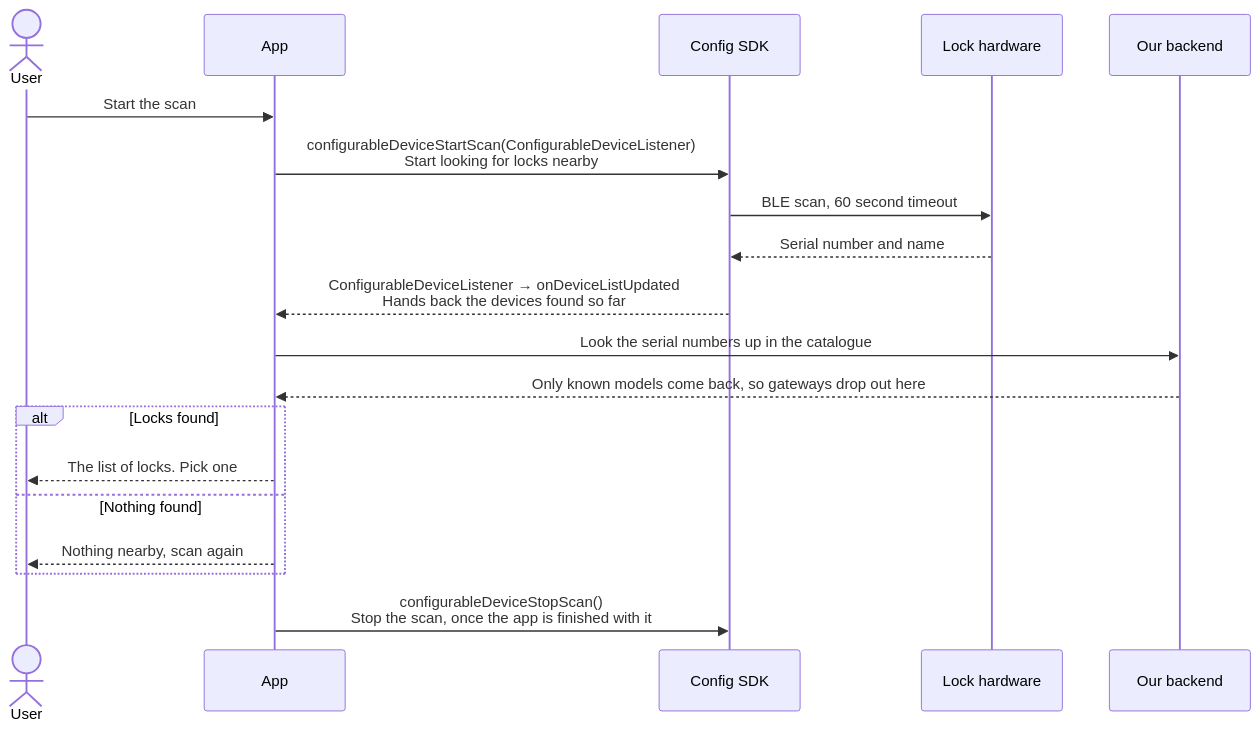
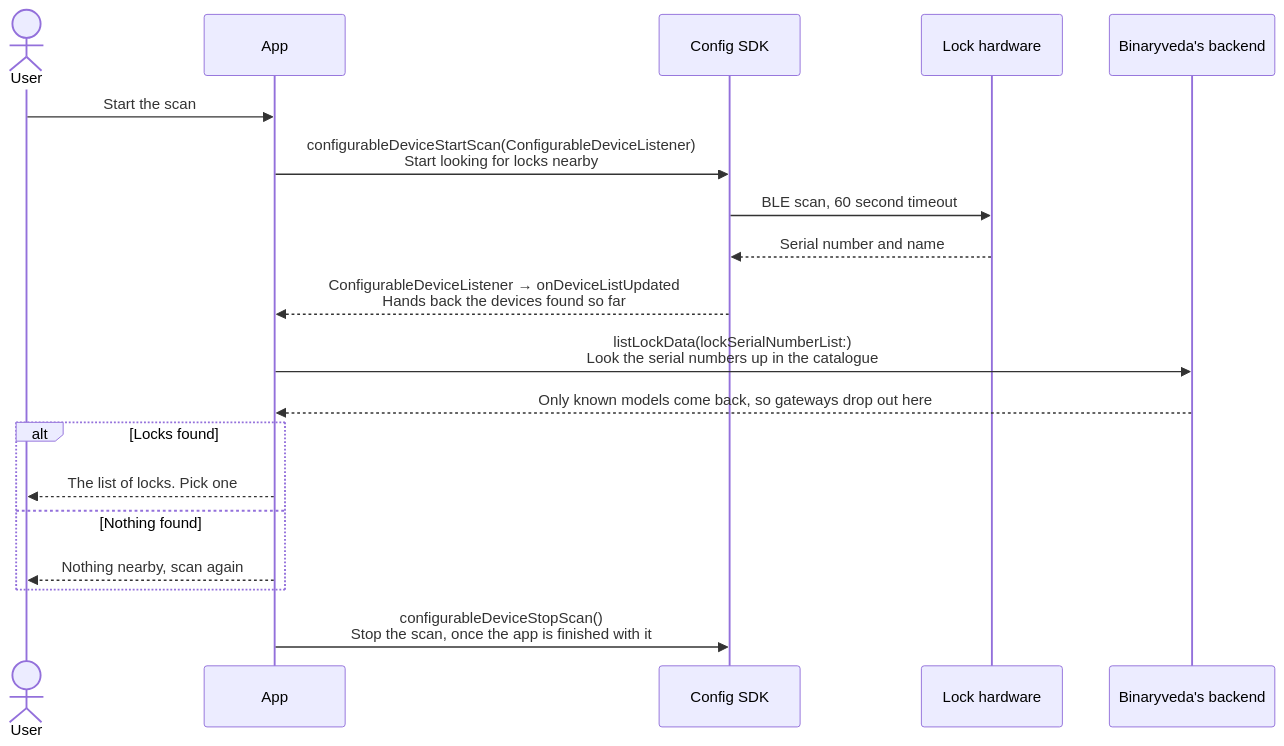
One commit to Yash-Wadatkar-Binaryveda/sdk-docs-site changed the fourth of 16 diagrams in docs/lock-onboarding.md. Above: the diagram before and after it, drawn with Mermaid. The commit also changed other lines of this file and 3 other files, not shown here.

First line of the commit message:
Update documentation to reflect Binaryveda's backend and clarify SDK interactions

````diff
--- a/docs/lock-onboarding.md
+++ b/docs/lock-onboarding.md
@@ -172,22 +185,22 @@
     ```mermaid
     sequenceDiagram
         actor U as User
         participant A as App
         participant C as Config SDK
         participant L as Lock hardware
-        participant B as Our backend
+        participant B as Binaryveda's backend
 
         U->>A: Start the scan
         A->>C: configurableDeviceStartScan(ConfigurableDeviceListener)<br/>Start looking for locks nearby
         C->>L: BLE scan, 60 second timeout
         L-->>C: Serial number and name
         C-->>A: ConfigurableDeviceListener → onDeviceListUpdated<br/>Hands back the devices found so far
-        A->>B: Look the serial numbers up in the catalogue
+        A->>B: listLockData(lockSerialNumberList:)<br/>Look the serial numbers up in the catalogue
         B-->>A: Only known models come back, so gateways drop out here
         alt Locks found
             A-->>U: The list of locks. Pick one
         else Nothing found
             A-->>U: Nothing nearby, scan again
         end
         A->>C: configurableDeviceStopScan()<br/>Stop the scan, once the app is finished with it
     ```
````
